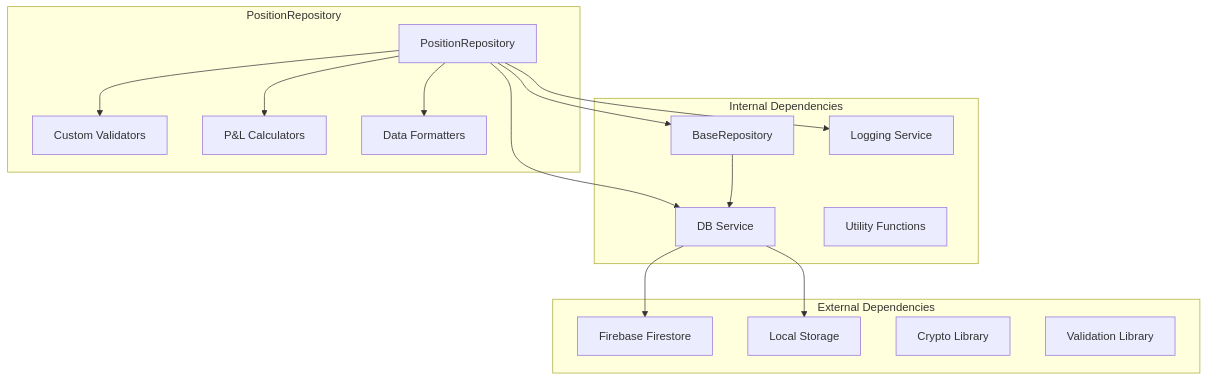
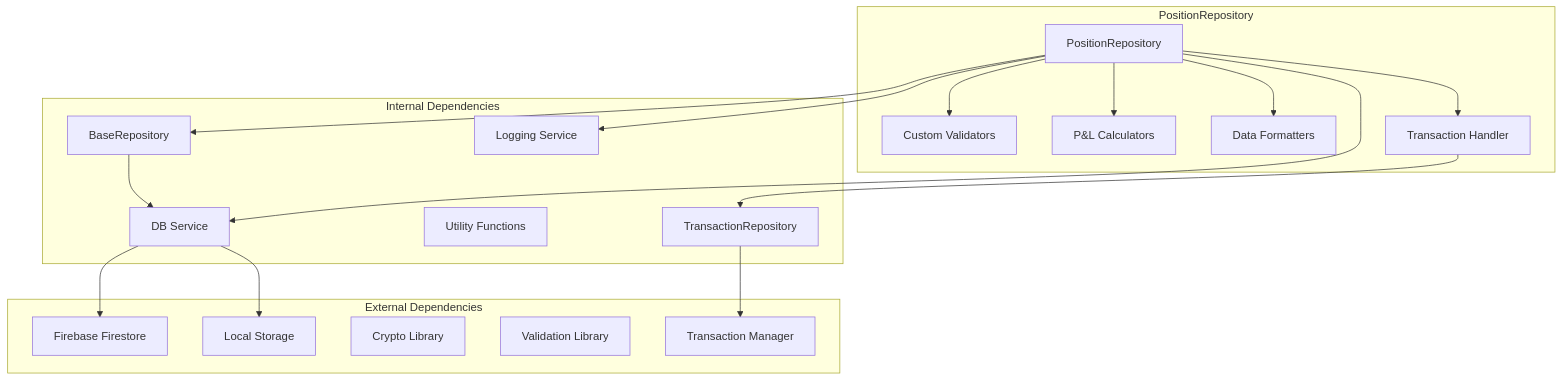
The seventh of 7 diagrams in .qoder/repowiki/en/content/API Reference/Repository API/Position Repository.md (iliyas77/MTF-monitor), drawn with Mermaid before and after one commit. The commit also changed other lines of this file and 69 other files, not shown here.

````diff
--- a/.qoder/repowiki/en/content/API Reference/Repository API/Position Repository.md
+++ b/.qoder/repowiki/en/content/API Reference/Repository API/Position Repository.md
@@ -320,30 +395,36 @@
 ```mermaid
 graph TB
 subgraph "External Dependencies"
 Firebase["Firebase Firestore"]
 LocalStorage["Local Storage"]
 Crypto["Crypto Library"]
 Validator["Validation Library"]
+TransactionMgr["Transaction Manager"]
 end
 subgraph "Internal Dependencies"
 BaseRepo["BaseRepository"]
 DBService["DB Service"]
 Utils["Utility Functions"]
 Logger["Logging Service"]
+TransactionRepo["TransactionRepository"]
 end
 subgraph "PositionRepository"
 PosRepo["PositionRepository"]
 Validators["Custom Validators"]
 Calculators["P&L Calculators"]
 Formatters["Data Formatters"]
+TxnHandler["Transaction Handler"]
 end
 PosRepo --> BaseRepo
 PosRepo --> DBService
 PosRepo --> Validators
 PosRepo --> Calculators
 PosRepo --> Formatters
+PosRepo --> TxnHandler
 BaseRepo --> DBService
 DBService --> Firebase
 DBService --> LocalStorage
+TxnHandler --> TransactionRepo
+TransactionRepo --> TransactionMgr
 PosRepo --> Logger
 ```
````
